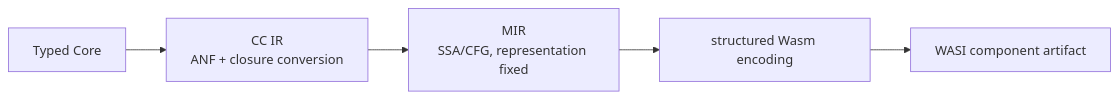
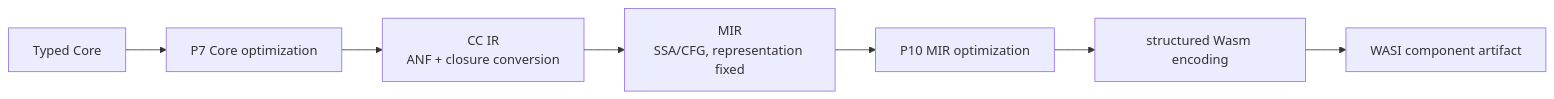
The diagram in docs/design/backend/README.md (biuld/purescript-rs), drawn with Mermaid before and after one commit. The commit also changed other lines of this file and 44 other files, not shown here.

````diff
--- a/docs/design/backend/README.md
+++ b/docs/design/backend/README.md
@@ -17,7 +18,9 @@
 ```mermaid
 flowchart LR
-    core["Typed Core"] --> cc["CC IR<br/>ANF + closure conversion"]
+    core["Typed Core"] --> coreopt["P7 Core optimization"]
+    coreopt --> cc["CC IR<br/>ANF + closure conversion"]
     cc --> mir["MIR<br/>SSA/CFG, representation fixed"]
-    mir --> wasm["structured Wasm encoding"]
+    mir --> miropt["P10 MIR optimization"]
+    miropt --> wasm["structured Wasm encoding"]
     wasm --> artifact["WASI component artifact"]
 ```
````
